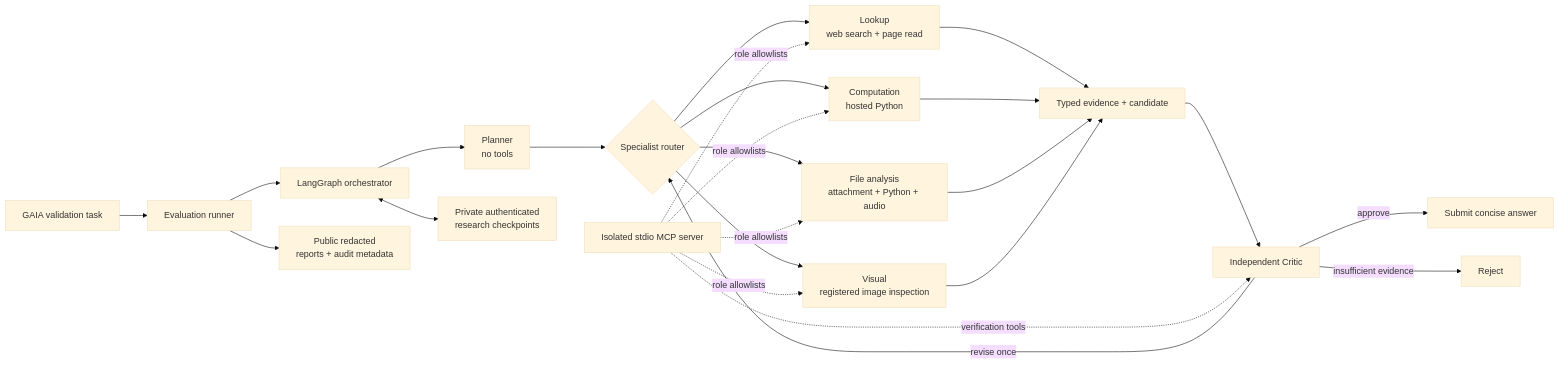
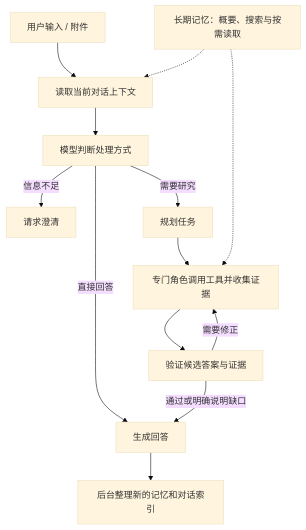
Before and after one commit to Oliver-Fang521/ToyAgent: the diagram in README.md, drawn with Mermaid (base theme). The commit also changed other lines of this file, not shown here.

````diff
--- a/README.md
+++ b/README.md
@@ -60,30 +22,15 @@
 ```mermaid
-flowchart LR
-    D[GAIA validation task] --> R[Evaluation runner]
-    R --> O[LangGraph orchestrator]
-
-    O --> P[Planner<br/>no tools]
-    P --> S{Specialist router}
-    S --> L[Lookup<br/>web search + page read]
-    S --> C[Computation<br/>hosted Python]
-    S --> F[File analysis<br/>attachment + Python + audio]
-    S --> V[Visual<br/>registered image inspection]
-
-    L --> E[Typed evidence + candidate]
-    C --> E
-    F --> E
-    V --> E
-    E --> K[Independent Critic]
-    K -->|approve| A[Submit concise answer]
-    K -->|revise once| S
-    K -->|insufficient evidence| X[Reject]
-
-    M[Isolated stdio MCP server] -. role allowlists .-> L
-    M -. role allowlists .-> C
-    M -. role allowlists .-> F
-    M -. role allowlists .-> V
-    M -. verification tools .-> K
-
-    O <--> N[Private authenticated<br/>research checkpoints]
-    R --> Q[Public redacted<br/>reports + audit metadata]
+flowchart TD
+    U[用户输入 / 附件] --> C[读取当前对话上下文]
+    C --> R[模型判断处理方式]
+    R -->|直接回答| D[生成回答]
+    R -->|信息不足| Q[请求澄清]
+    R -->|需要研究| P[规划任务]
+    P --> A[专门角色调用工具并收集证据]
+    A --> V[验证候选答案与证据]
+    V -->|需要修正| A
+    V -->|通过或明确说明缺口| D
+    M[长期记忆：概要、搜索与按需读取] -.-> C
+    M -.-> A
+    D --> B[后台整理新的记忆和对话索引]
 ```
````
